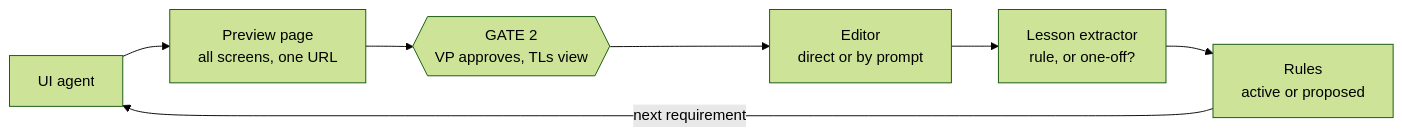
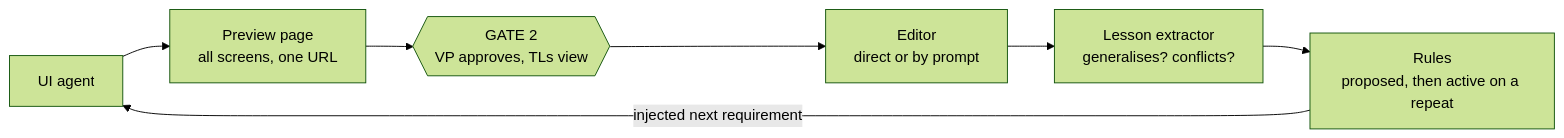
The fifth of 6 diagrams in docs/agents.md (ronit-j-sdms1030/ai-factory), drawn with Mermaid (forest theme) before and after one commit. The commit also changed other lines of this file and 1 other file, not shown here.

````diff
--- a/docs/agents.md
+++ b/docs/agents.md
@@ -168,9 +168,9 @@
 ```mermaid
 flowchart LR
     U[UI agent] --> P[Preview page<br/>all screens, one URL]
     P --> G{{GATE 2<br/>VP approves, TLs view}}
     G --> E[Editor<br/>direct or by prompt]
-    E --> X[Lesson extractor<br/>rule, or one-off?]
-    X --> S[Rules<br/>active or proposed]
-    S -->|next requirement| U
+    E --> X[Lesson extractor<br/>generalises? conflicts?]
+    X --> S[Rules<br/>proposed, then active on a repeat]
+    S -->|injected next requirement| U
 ```
````
